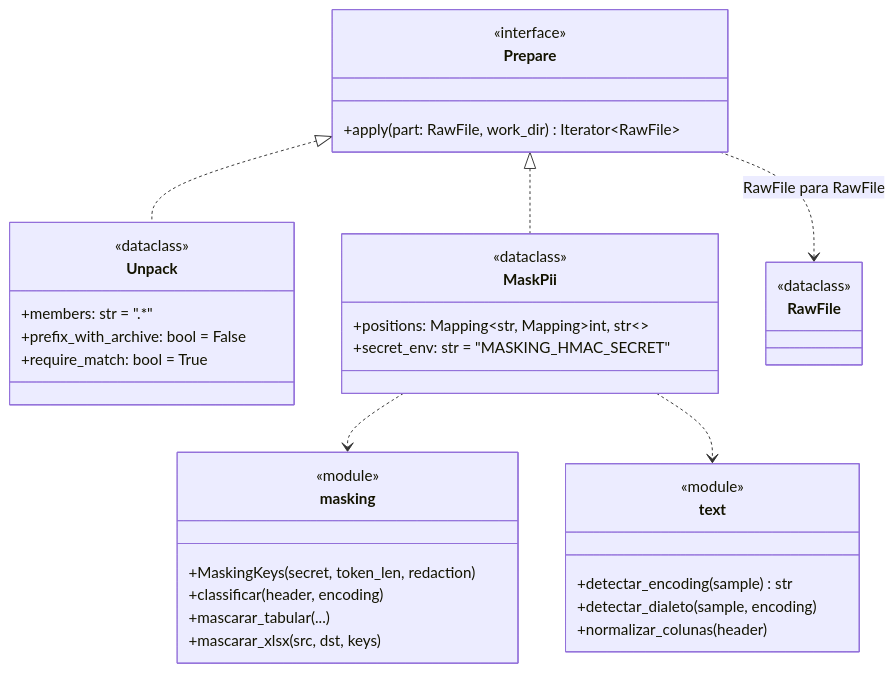
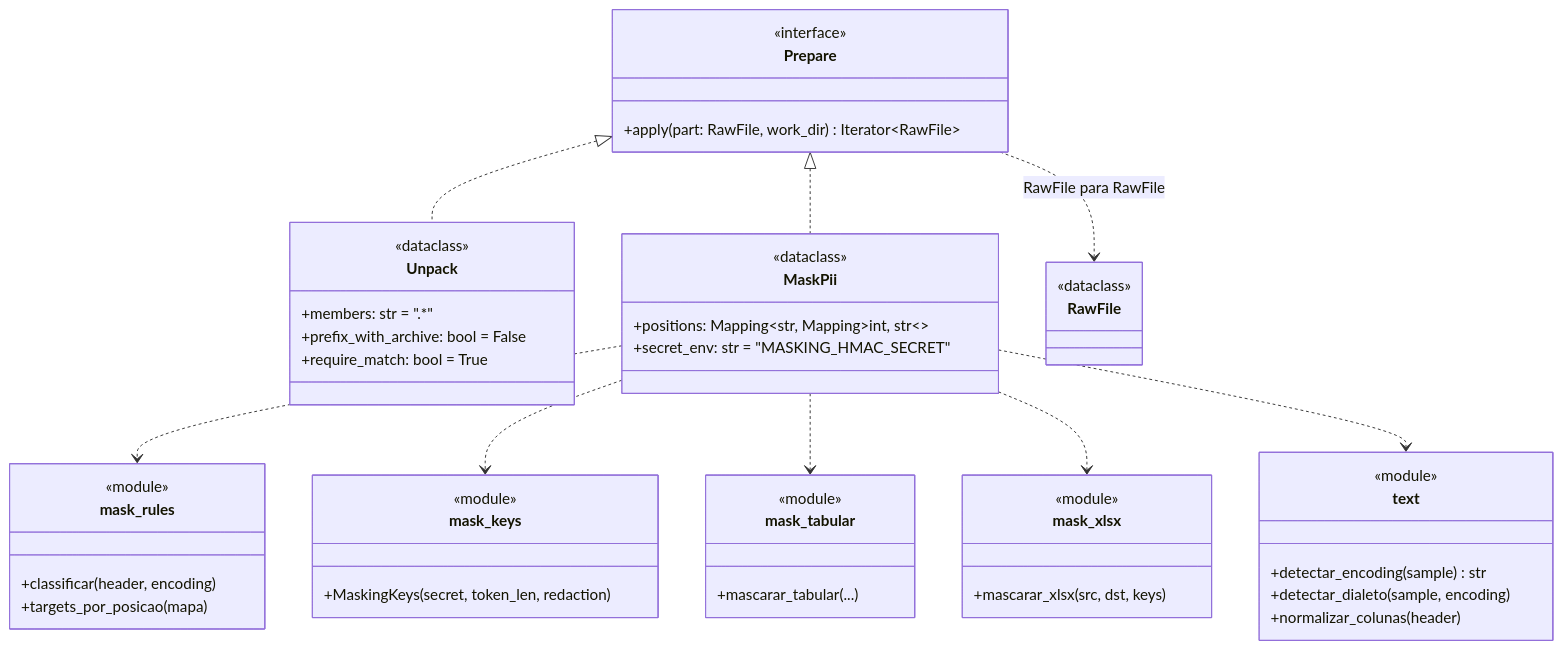
The seventh of 9 diagrams in docs/ingestao/diagrama-classes.md (GovHub-br/data-application-cidades), drawn with Mermaid before and after one commit. The commit also changed other lines of this file and 8 other files, not shown here.

````diff
--- a/docs/ingestao/diagrama-classes.md
+++ b/docs/ingestao/diagrama-classes.md
@@ -618,40 +618,53 @@
 ```mermaid
 classDiagram
     class Prepare {
         <<interface>>
         +apply(part: RawFile, work_dir) Iterator~RawFile~
     }
     class Unpack {
         <<dataclass>>
         +members: str = ".*"
         +prefix_with_archive: bool = False
         +require_match: bool = True
     }
     class MaskPii {
         <<dataclass>>
         +positions: Mapping~str, Mapping~int, str~~
         +secret_env: str = "MASKING_HMAC_SECRET"
     }
-    class masking {
+    class mask_keys {
         <<module>>
         +MaskingKeys(secret, token_len, redaction)
+    }
+    class mask_rules {
+        <<module>>
         +classificar(header, encoding)
+        +targets_por_posicao(mapa)
+    }
+    class mask_tabular {
+        <<module>>
         +mascarar_tabular(...)
+    }
+    class mask_xlsx {
+        <<module>>
         +mascarar_xlsx(src, dst, keys)
     }
     class text {
         <<module>>
         +detectar_encoding(sample) str
         +detectar_dialeto(sample, encoding)
         +normalizar_colunas(header)
     }
     class RawFile {
         <<dataclass>>
     }
 
     Prepare <|.. Unpack
     Prepare <|.. MaskPii
-    MaskPii ..> masking
+    MaskPii ..> mask_rules
+    MaskPii ..> mask_keys
+    MaskPii ..> mask_tabular
+    MaskPii ..> mask_xlsx
     MaskPii ..> text
     Prepare ..> RawFile : RawFile para RawFile
 ```
````
